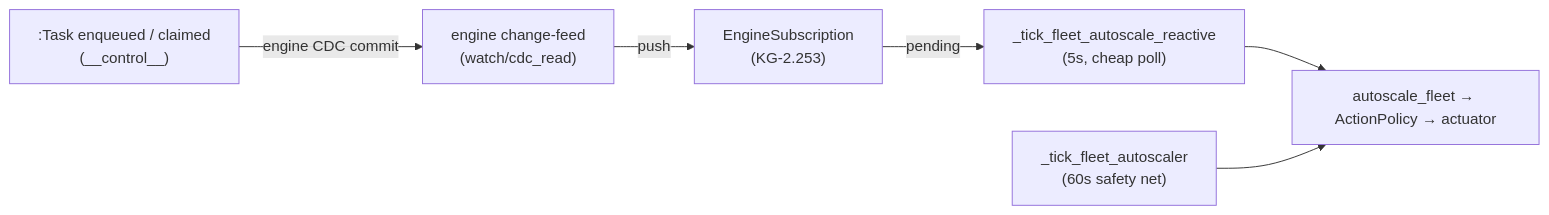
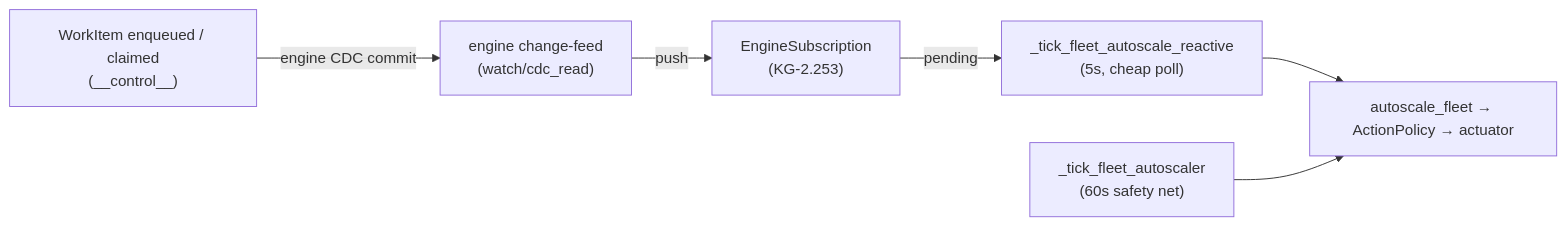
Before and after one commit to Knuckles-Team/agent-utilities: the second of 2 diagrams in docs/architecture/fleet_autonomy.md, drawn with Mermaid. The commit also changed other lines of this file and 3818 other files, not shown here.

````diff
--- a/docs/architecture/fleet_autonomy.md
+++ b/docs/architecture/fleet_autonomy.md
@@ -284,8 +283,8 @@
 ```mermaid
 flowchart LR
-    TASK[":Task enqueued / claimed\n(__control__)"] -->|engine CDC commit| FEED["engine change-feed\n(watch/cdc_read)"]
+    TASK["WorkItem enqueued / claimed\n(__control__)"] -->|engine CDC commit| FEED["engine change-feed\n(watch/cdc_read)"]
     FEED -->|push| SUB["EngineSubscription\n(KG-2.253)"]
     SUB -->|pending| RX["_tick_fleet_autoscale_reactive\n(5s, cheap poll)"]
     RX --> EVAL["autoscale_fleet → ActionPolicy → actuator"]
     TIMER["_tick_fleet_autoscaler\n(60s safety net)"] --> EVAL
 ```
````
